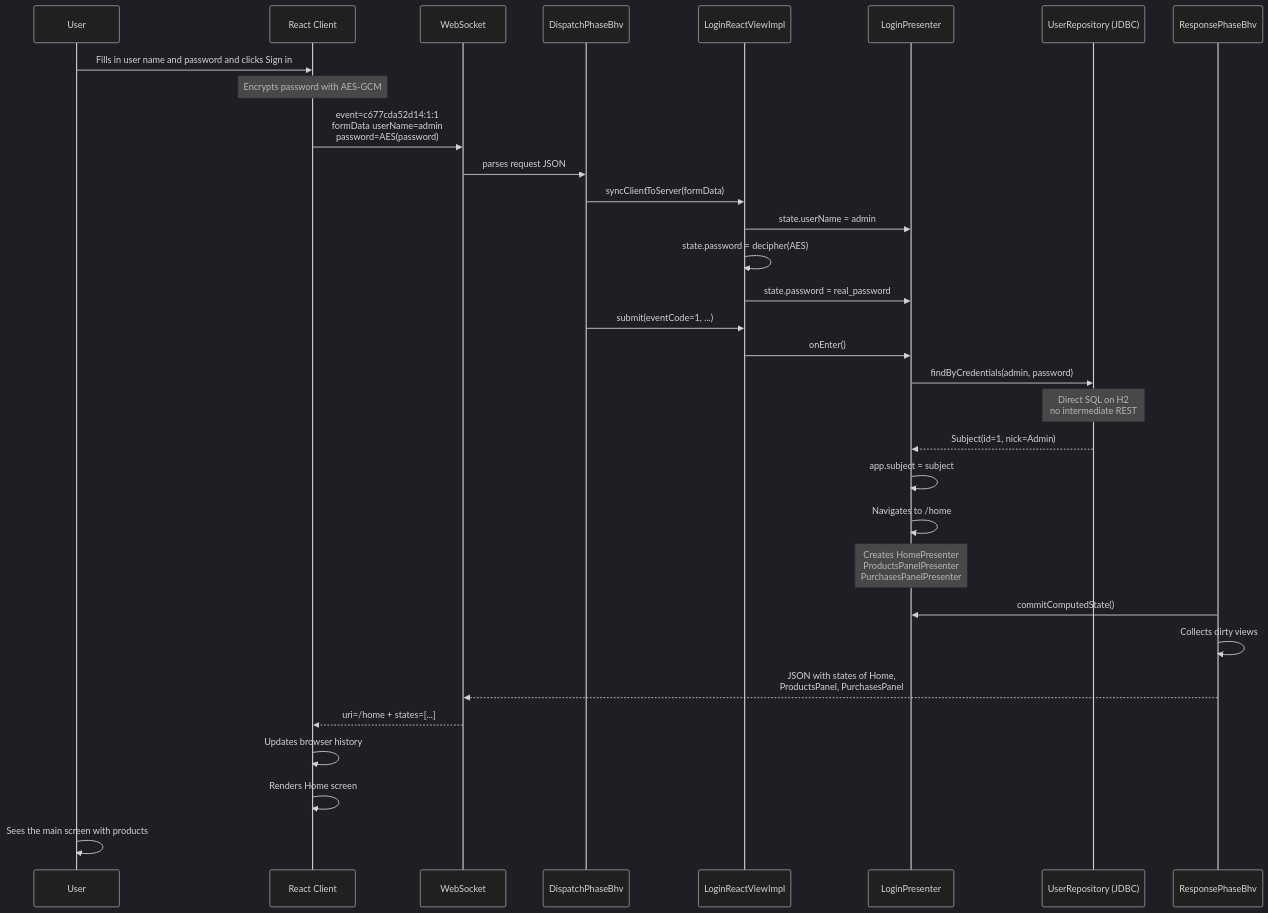
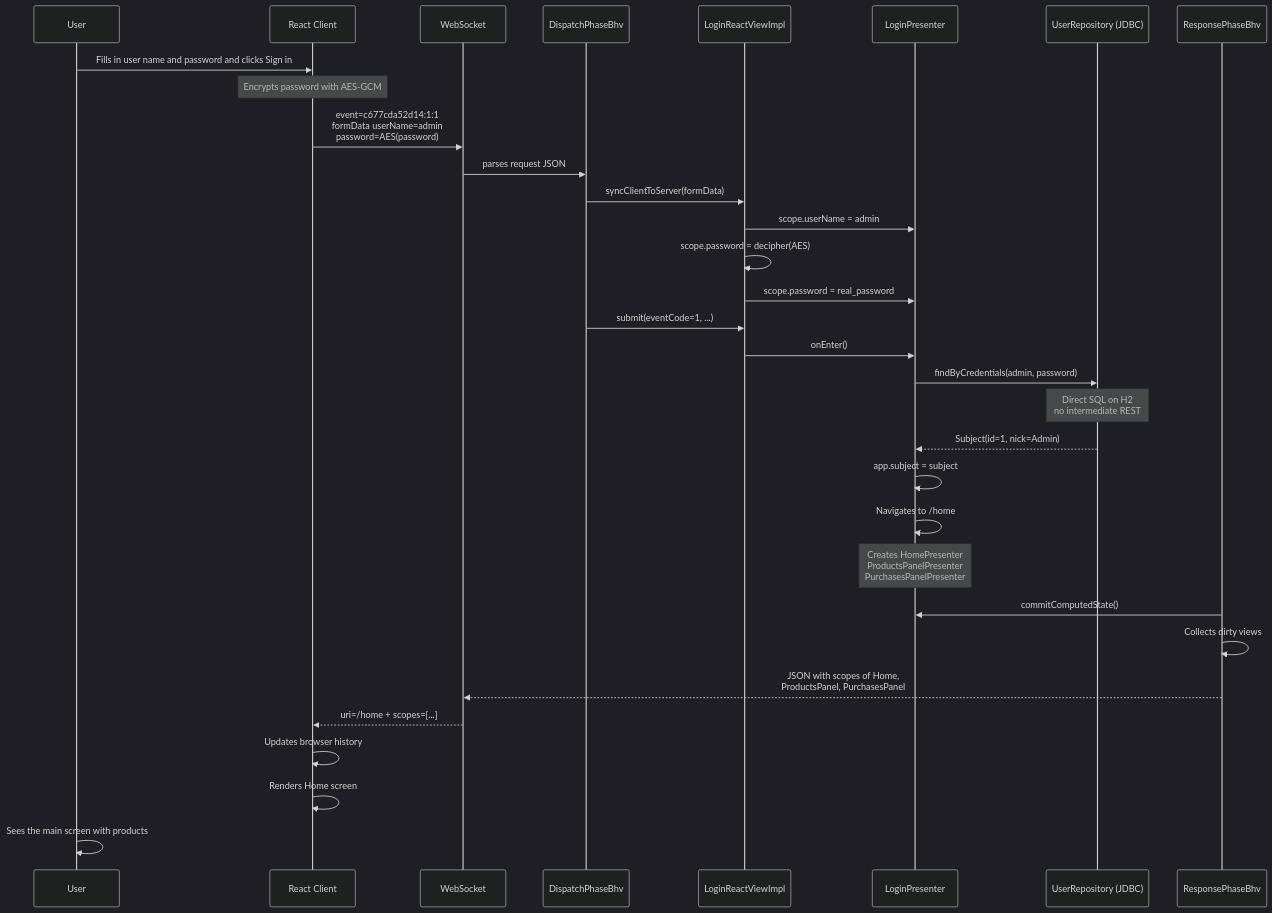
The ninth of 9 diagrams in docs/architecture-react.md (mrcdom/wdc-cube-kotlin), drawn with Mermaid (dark theme) before and after one commit. The commit also changed other lines of this file and 117 other files, not shown here.

````diff
--- a/docs/architecture-react.md
+++ b/docs/architecture-react.md
@@ -455,47 +455,47 @@
 ```mermaid
 sequenceDiagram
     participant User as User
     participant React as React Client
     participant WS as WebSocket
     participant Disp as DispatchPhaseBhv
     participant LView as LoginReactViewImpl
     participant LPres as LoginPresenter
     participant URepo as UserRepository (JDBC)
     participant Resp as ResponsePhaseBhv
 
     User->>React: Fills in user name and password and clicks Sign in
 
     Note over React: Encrypts password with AES-GCM
 
     React->>WS: event=c677cda52d14:1:1<br/>formData userName=admin<br/>password=AES(password)
 
     WS->>Disp: parses request JSON
 
     Disp->>LView: syncClientToServer(formData)
-    LView->>LPres: state.userName = admin
-    LView->>LView: state.password = decipher(AES)
-    LView->>LPres: state.password = real_password
+    LView->>LPres: scope.userName = admin
+    LView->>LView: scope.password = decipher(AES)
+    LView->>LPres: scope.password = real_password
 
     Disp->>LView: submit(eventCode=1, ...)
     LView->>LPres: onEnter()
 
     LPres->>URepo: findByCredentials(admin, password)
     Note over URepo: Direct SQL on H2<br/>no intermediate REST
     URepo-->>LPres: Subject(id=1, nick=Admin)
 
     LPres->>LPres: app.subject = subject
     LPres->>LPres: Navigates to /home
 
     Note over LPres: Creates HomePresenter<br/>ProductsPanelPresenter<br/>PurchasesPanelPresenter
 
     Resp->>LPres: commitComputedState()
     Resp->>Resp: Collects dirty views
 
-    Resp-->>WS: JSON with states of Home,<br/>ProductsPanel, PurchasesPanel
+    Resp-->>WS: JSON with scopes of Home,<br/>ProductsPanel, PurchasesPanel
 
-    WS-->>React: uri=/home + states=[...]
+    WS-->>React: uri=/home + scopes=[...]
     React->>React: Updates browser history
     React->>React: Renders Home screen
 
     User->>User: Sees the main screen with products
 ```
````
